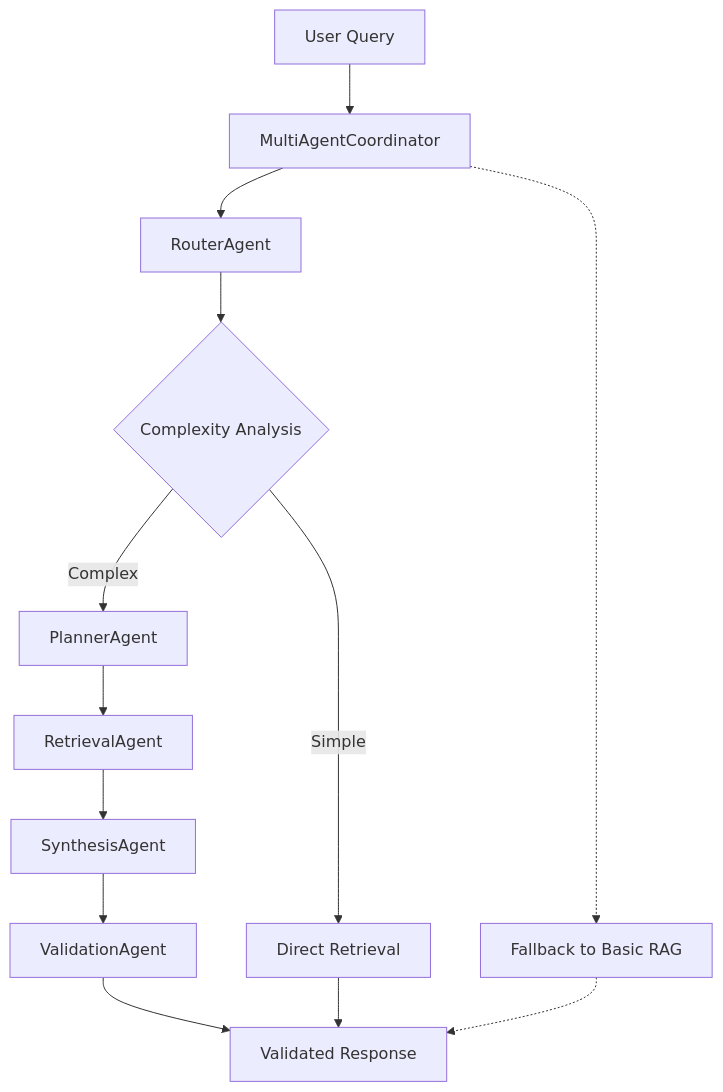
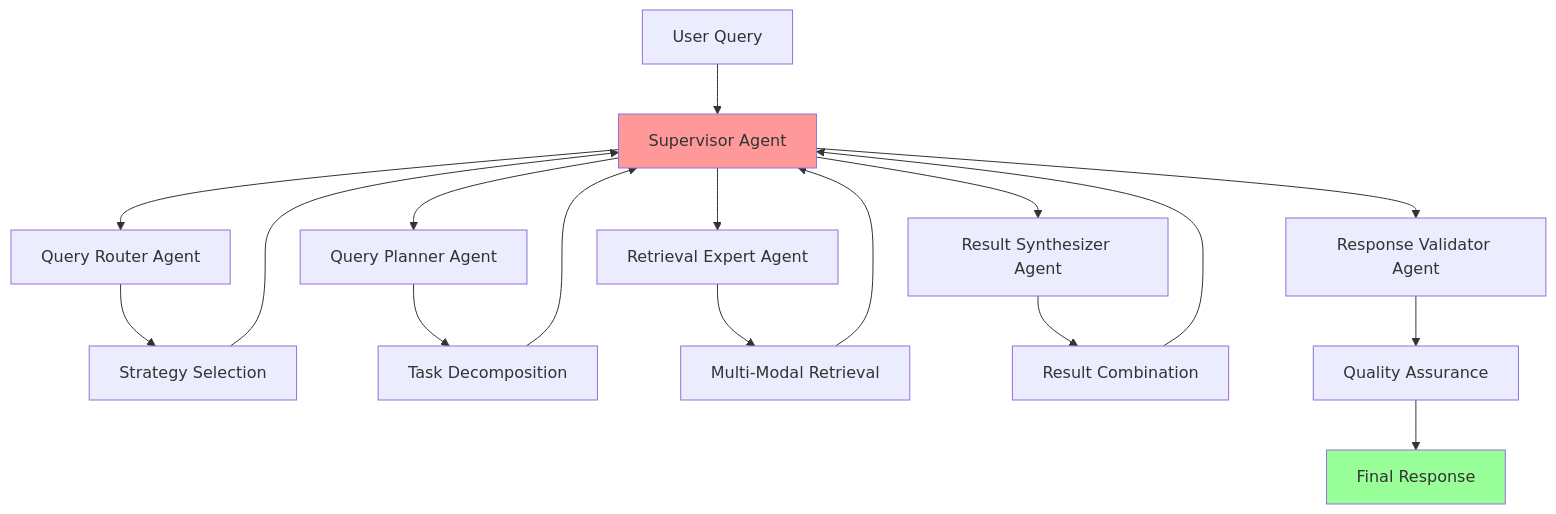
The first of 4 diagrams in docs/developers/architecture.md (BjornMelin/docmind-ai-llm), drawn with Mermaid before and after one commit. The commit also changed other lines of this file and 21 other files, not shown here.

````diff
--- a/docs/developers/architecture.md
+++ b/docs/developers/architecture.md
@@ -18,16 +18,24 @@
 ```mermaid
 graph TD
-    A[User Query] --> B[MultiAgentCoordinator]
-    B --> C[RouterAgent]
-    C --> D{Complexity Analysis}
-    D -->|Simple| E[Direct Retrieval]
-    D -->|Complex| F[PlannerAgent]
-    F --> G[RetrievalAgent]
-    G --> H[SynthesisAgent]
-    H --> I[ValidationAgent]
-    I --> J[Validated Response]
-    E --> J
+    A[User Query] --> B[Supervisor Agent]
+    B --> C[Query Router Agent]
+    B --> D[Query Planner Agent]
+    B --> E[Retrieval Expert Agent]
+    B --> F[Result Synthesizer Agent]
+    B --> G[Response Validator Agent]
     
-    K[Fallback to Basic RAG] -.-> J
-    B -.-> K
+    C --> H[Strategy Selection]
+    D --> I[Task Decomposition]
+    E --> J[Multi-Modal Retrieval]
+    F --> K[Result Combination]
+    G --> L[Quality Assurance]
+    
+    H --> B
+    I --> B
+    J --> B
+    K --> B
+    L --> M[Final Response]
+    
+    style B fill:#ff9999
+    style M fill:#99ff99
 ```
````
